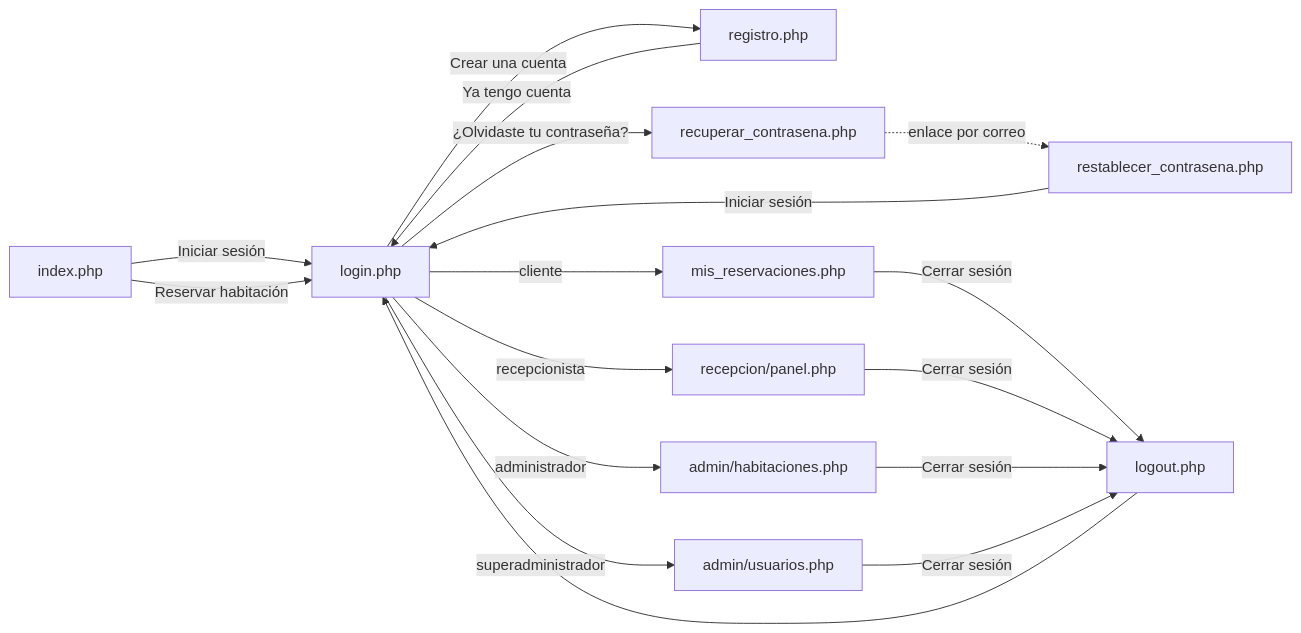
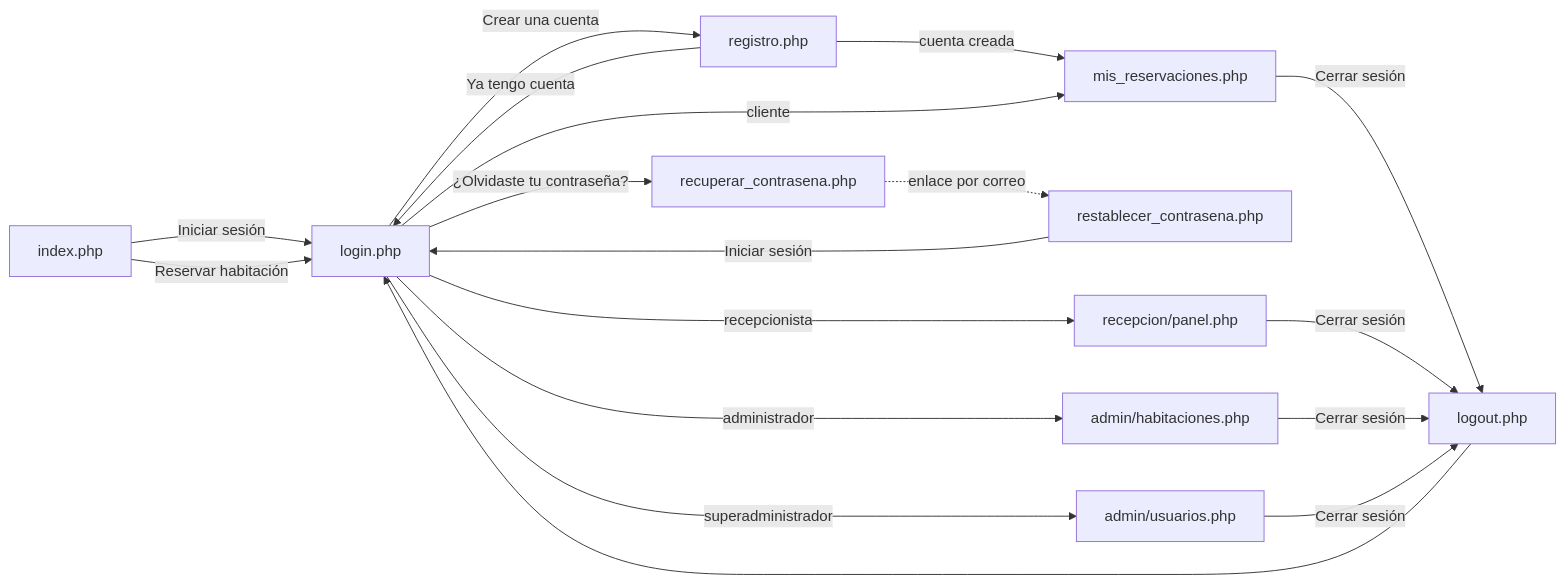
Before and after one commit to Omar-art32/hotel: the fourth of 7 diagrams in docs/documentacion.md, drawn with Mermaid. The commit also changed other lines of this file and 8 other files, not shown here.

````diff
--- a/docs/documentacion.md
+++ b/docs/documentacion.md
@@ -152,15 +154,16 @@
 ```mermaid
 flowchart LR
     IDX[index.php] -->|Iniciar sesión| LOG[login.php]
     IDX -->|Reservar habitación| LOG
     LOG -->|Crear una cuenta| REG[registro.php]
     REG -->|Ya tengo cuenta| LOG
+    REG -->|cuenta creada| MIS
     LOG -->|¿Olvidaste tu contraseña?| REC[recuperar_contrasena.php]
     REC -.->|enlace por correo| RES[restablecer_contrasena.php]
     RES -->|Iniciar sesión| LOG
     LOG -->|cliente| MIS[mis_reservaciones.php]
     LOG -->|recepcionista| PAN[recepcion/panel.php]
     LOG -->|administrador| AH[admin/habitaciones.php]
     LOG -->|superadministrador| AU[admin/usuarios.php]
     MIS & PAN & AH & AU -->|Cerrar sesión| OUT[logout.php] --> LOG
 ```
````
